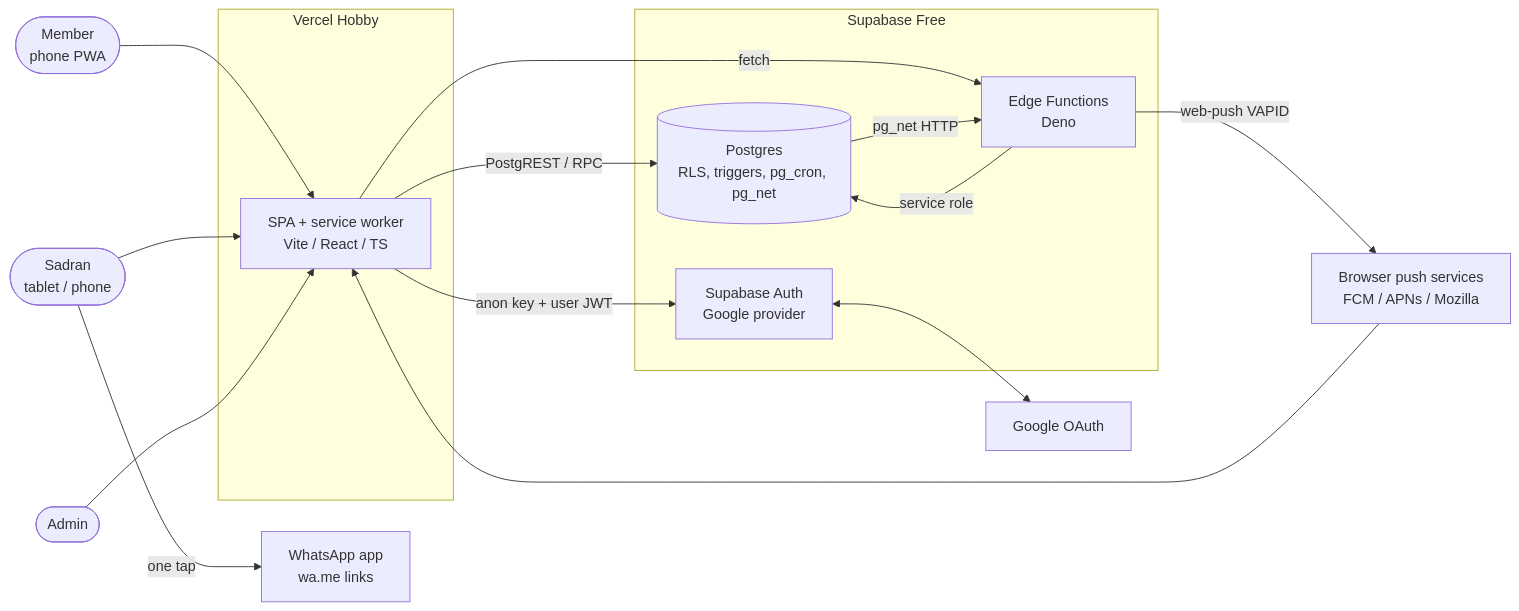
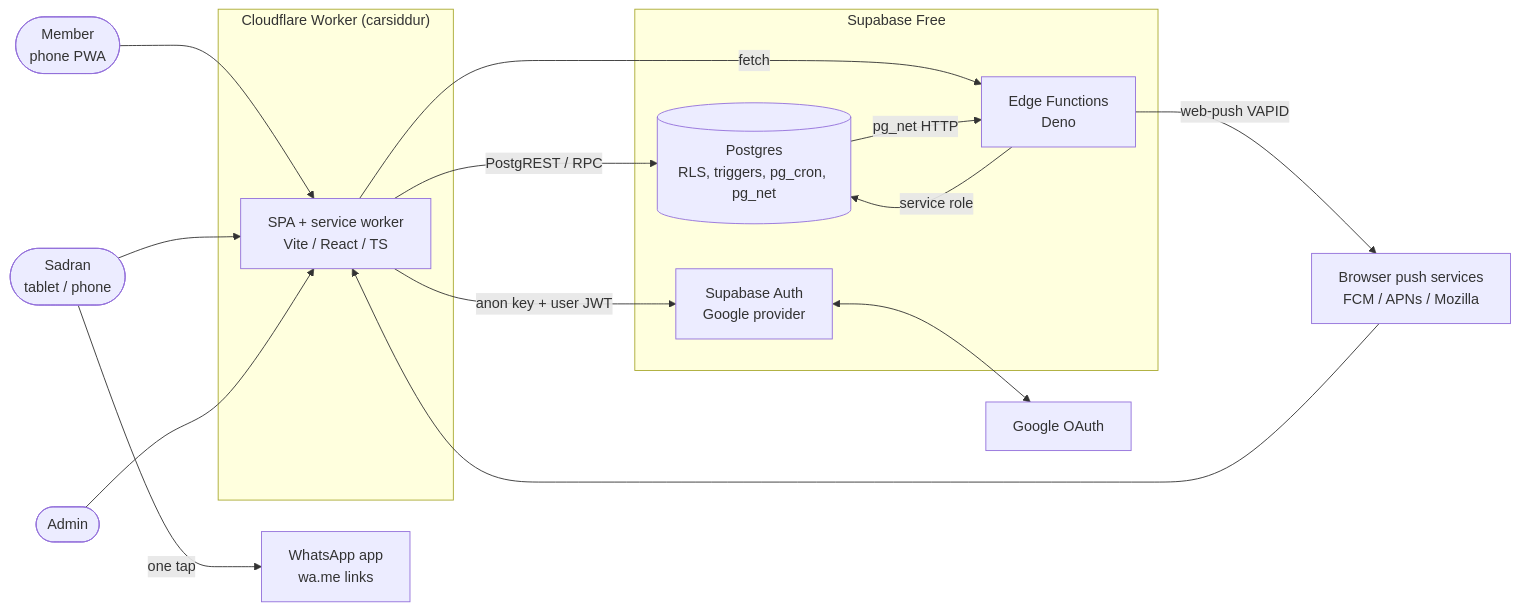
The first of 11 diagrams in docs/ARCHITECTURE.md (omriglass/CarSiddur), drawn with Mermaid before and after one commit. The commit also changed other lines of this file and 57 other files, not shown here.

````diff
--- a/docs/ARCHITECTURE.md
+++ b/docs/ARCHITECTURE.md
@@ -12,30 +12,30 @@
 ```mermaid
 flowchart LR
   member([Member<br/>phone PWA])
   sadran([Sadran<br/>tablet / phone])
   admin([Admin])
 
-  subgraph vercel[Vercel Hobby]
+  subgraph cf["Cloudflare Worker (carsiddur)"]
     spa[SPA + service worker<br/>Vite / React / TS]
   end
 
   subgraph supabase[Supabase Free]
     auth[Supabase Auth<br/>Google provider]
     pg[(Postgres<br/>RLS, triggers, pg_cron, pg_net)]
     edge[Edge Functions<br/>Deno]
   end
 
   google[Google OAuth]
   pushsvc[Browser push services<br/>FCM / APNs / Mozilla]
   wa[WhatsApp app<br/>wa.me links]
 
   member & sadran & admin --> spa
   spa -- anon key + user JWT --> auth
   spa -- PostgREST / RPC --> pg
   spa -- fetch --> edge
   auth <--> google
   pg -- pg_net HTTP --> edge
   edge -- service role --> pg
   edge -- web-push VAPID --> pushsvc --> spa
   sadran -- one tap --> wa
 ```
````
